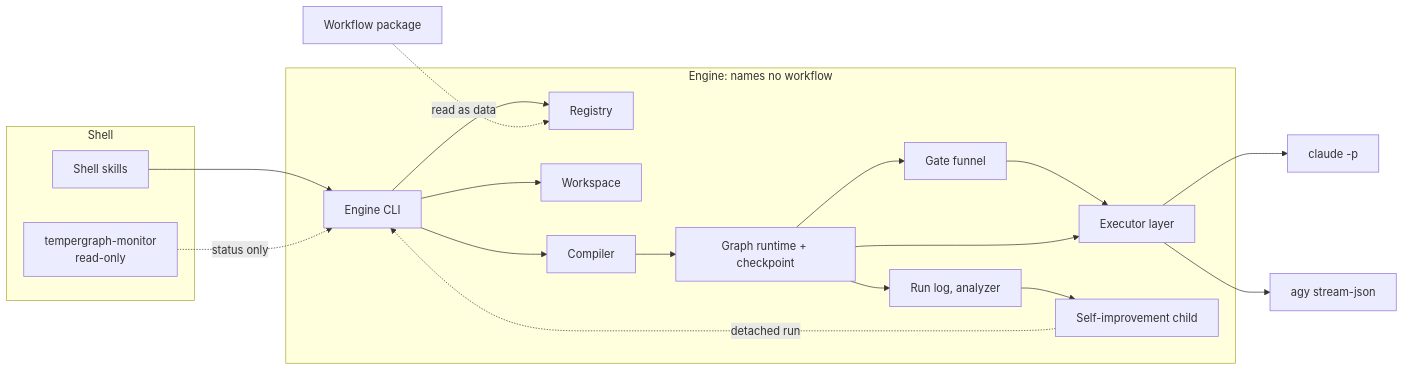
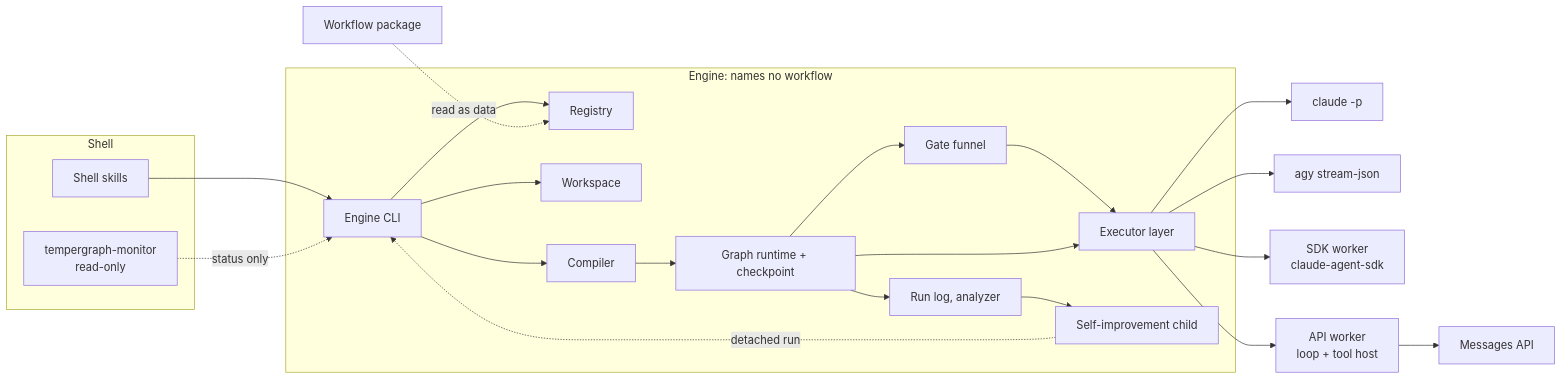
The diagram in plugins/tempergraph/docs/specs/00-overview.spec.md (dbr0vskyi/tempergraph), drawn with Mermaid before and after one commit. The commit also changed other lines of this file and 30 other files, not shown here.

First line of the commit message:
docs(tempergraph): add Messages API and Agent SDK executors, fold in planned work

````diff
--- a/plugins/tempergraph/docs/specs/00-overview.spec.md
+++ b/plugins/tempergraph/docs/specs/00-overview.spec.md
@@ -51,24 +52,27 @@
 ```mermaid
 flowchart LR
   subgraph Shell
     S[Shell skills]
     M[tempergraph-monitor<br/>read-only]
   end
   subgraph Engine["Engine: names no workflow"]
     CLI[Engine CLI] --> REG[Registry]
     CLI --> WS[Workspace]
     CLI --> CMP[Compiler]
     CMP --> RT[Graph runtime + checkpoint]
     RT --> GF[Gate funnel]
     RT --> LOG[Run log, analyzer]
     GF --> EX[Executor layer]
     RT --> EX
     LOG --> SI[Self-improvement child]
   end
   WP[Workflow package] -. read as data .-> REG
   S --> CLI
   M -. status only .-> CLI
   EX --> CC[claude -p]
   EX --> AG[agy stream-json]
+  EX --> SW[SDK worker<br/>claude-agent-sdk]
+  EX --> AW[API worker<br/>loop + tool host]
+  AW --> API[Messages API]
   SI -. detached run .-> CLI
 ```
````
